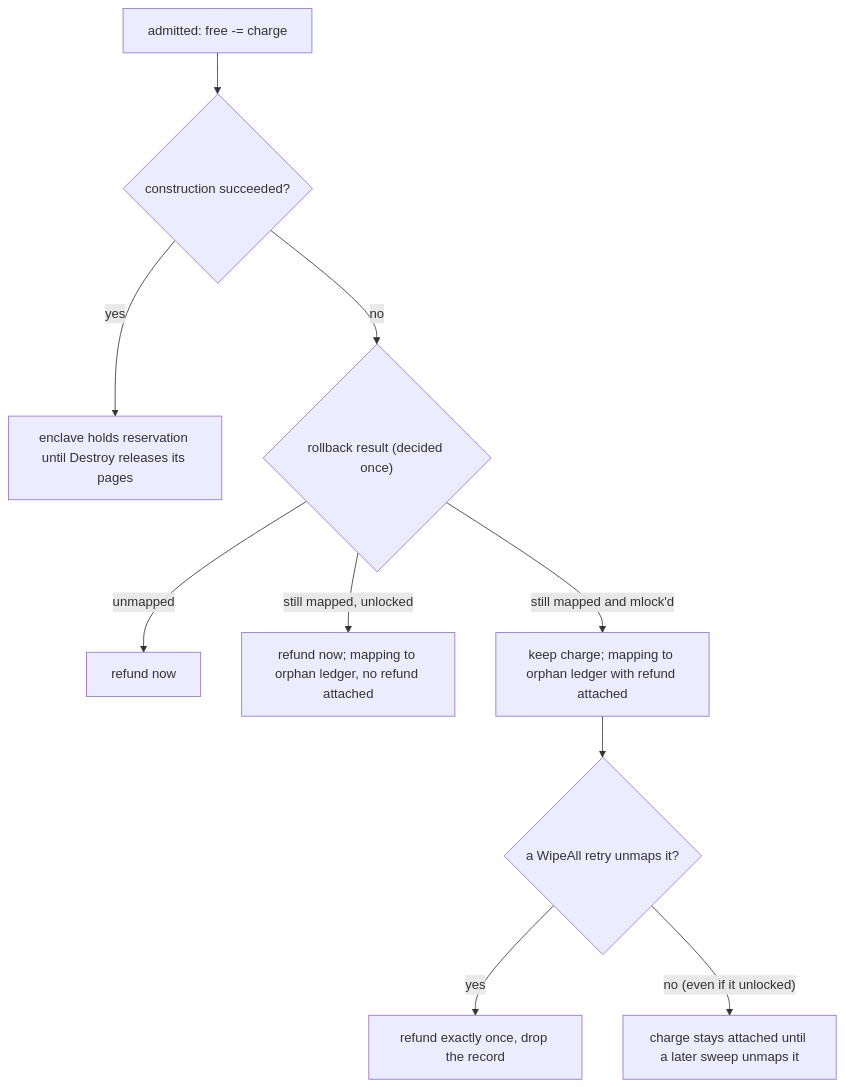
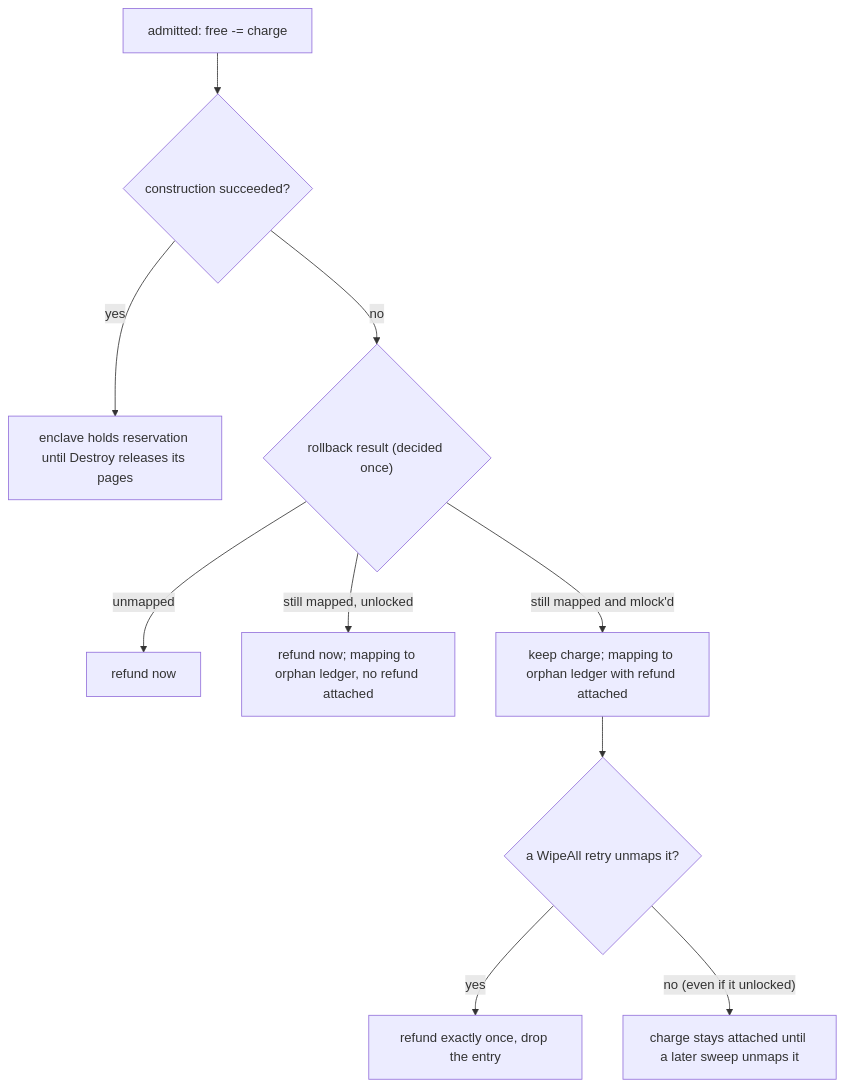
The second of 3 diagrams in docs/locked-memory-budget/architecture.md (jeremyhahn/go-enclave), drawn with Mermaid before and after one commit. The commit also changed other lines of this file and 166 other files, not shown here.

````diff
--- a/docs/locked-memory-budget/architecture.md
+++ b/docs/locked-memory-budget/architecture.md
@@ -49,12 +49,12 @@
 ```mermaid
 flowchart TD
   A[admitted: free -= charge] --> B{construction succeeded?}
   B -- yes --> C[enclave holds reservation until Destroy releases its pages]
   B -- no --> D{"rollback result (decided once)"}
   D -- unmapped --> E[refund now]
   D -- "still mapped, unlocked" --> F[refund now; mapping to orphan ledger, no refund attached]
   D -- "still mapped and mlock'd" --> G[keep charge; mapping to orphan ledger with refund attached]
   G --> H{"a WipeAll retry unmaps it?"}
-  H -- yes --> I[refund exactly once, drop the record]
+  H -- yes --> I[refund exactly once, drop the entry]
   H -- "no (even if it unlocked)" --> J[charge stays attached until a later sweep unmaps it]
 ```
````
